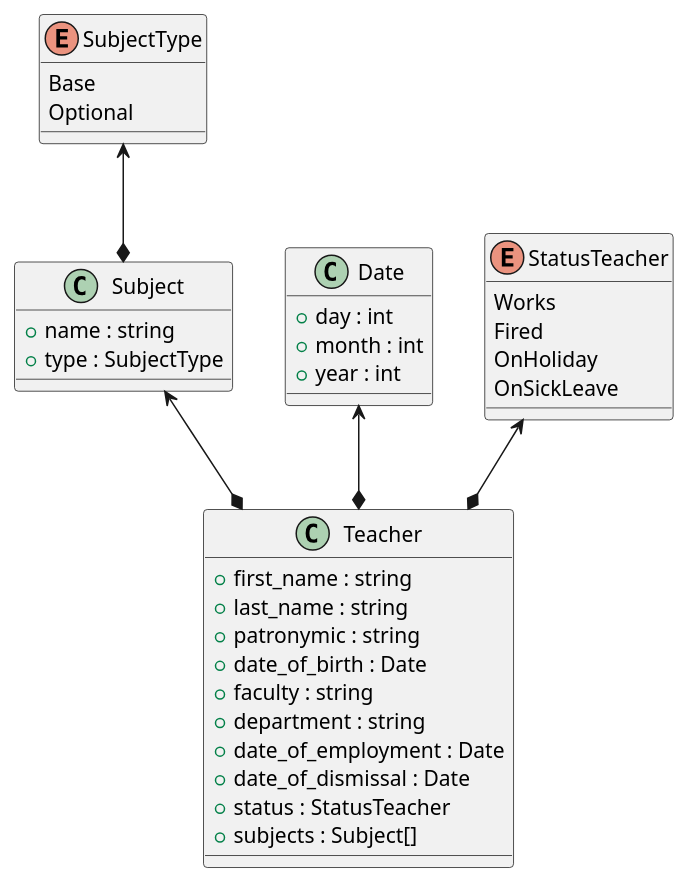
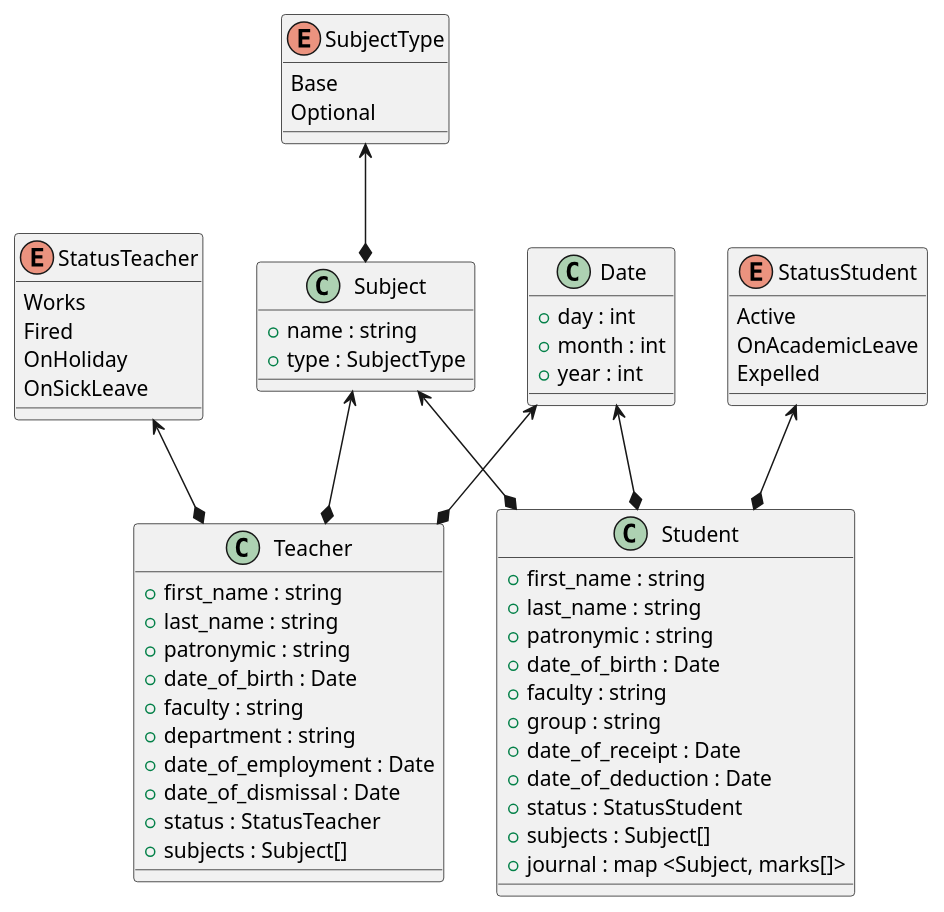
One commit to it-top-shambala/Academy changed the diagram in class_diagram.puml. Above: the diagram before and after it, drawn with PlantUML. The commit also changed 1 other file, not shown here.

Commit message:
Реализована структура Student

```diff
--- a/class_diagram.puml
+++ b/class_diagram.puml
@@ -1,44 +1,67 @@
 @startuml
 'https://plantuml.com/class-diagram
 
 enum SubjectType {
 Base
 Optional
 }
 
 SubjectType <--* Subject
 class Subject {
 + name : string
 + type : SubjectType
 }
 
 class Date {
 + day : int
 + month : int
 + year : int
 }
 
 enum StatusTeacher {
 Works
 Fired
 OnHoliday
 OnSickLeave
 }
 
 Subject <--* Teacher
 StatusTeacher <--* Teacher
 Date <--* Teacher
 class Teacher {
 + first_name : string
 + last_name : string
 + patronymic : string
 + date_of_birth : Date
 + faculty : string
 + department : string
 + date_of_employment : Date
 + date_of_dismissal : Date
 + status : StatusTeacher
 + subjects : Subject[]
 }
 
+enum StatusStudent {
+Active
+OnAcademicLeave
+Expelled
+}
+
+Subject <--* Student
+StatusStudent <--* Student
+Date <--* Student
+class Student {
++ first_name : string
++ last_name : string
++ patronymic : string
++ date_of_birth : Date
++ faculty : string
++ group : string
++ date_of_receipt : Date
++ date_of_deduction : Date
++ status : StatusStudent
++ subjects : Subject[]
++ journal : map <Subject, marks[]>
+}
+
 @enduml
```
